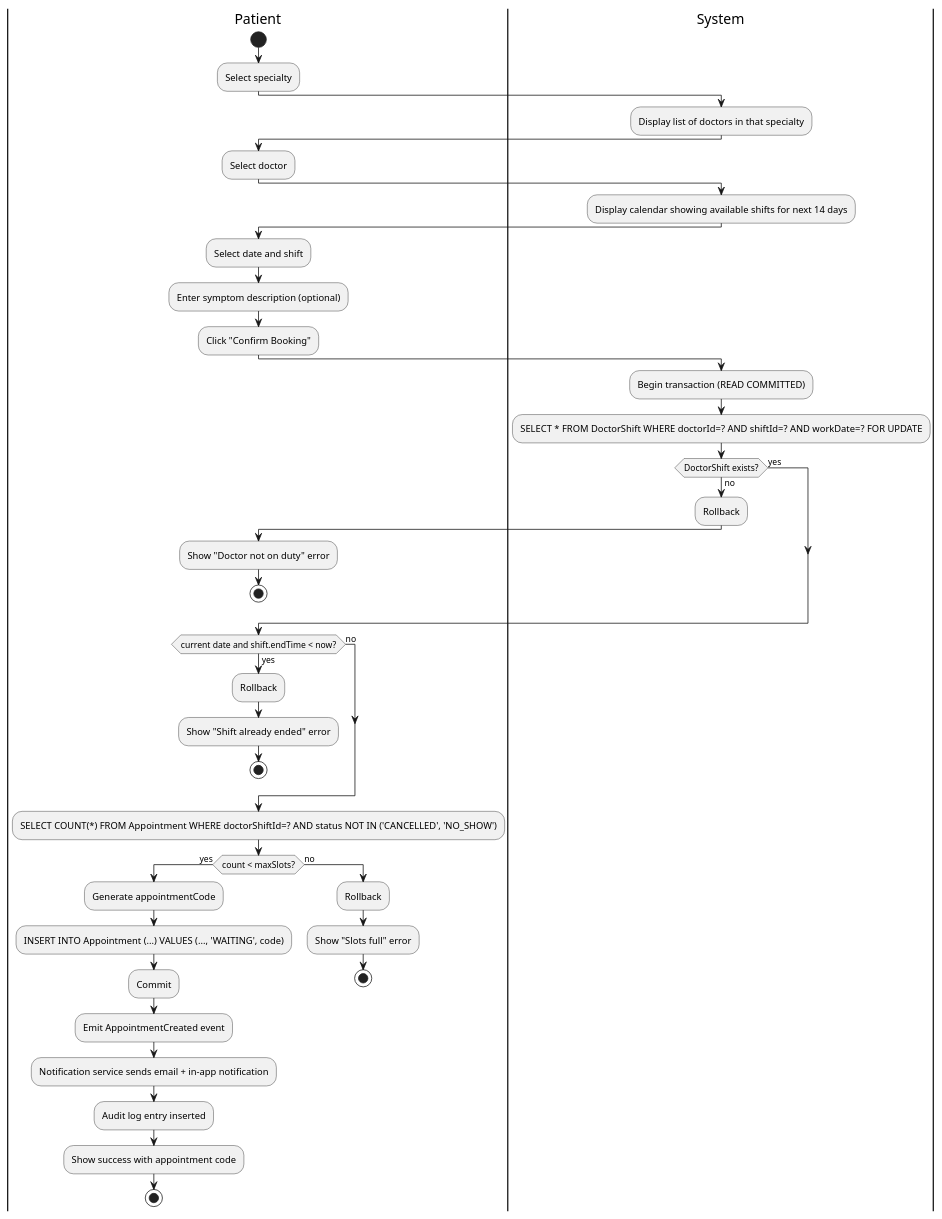
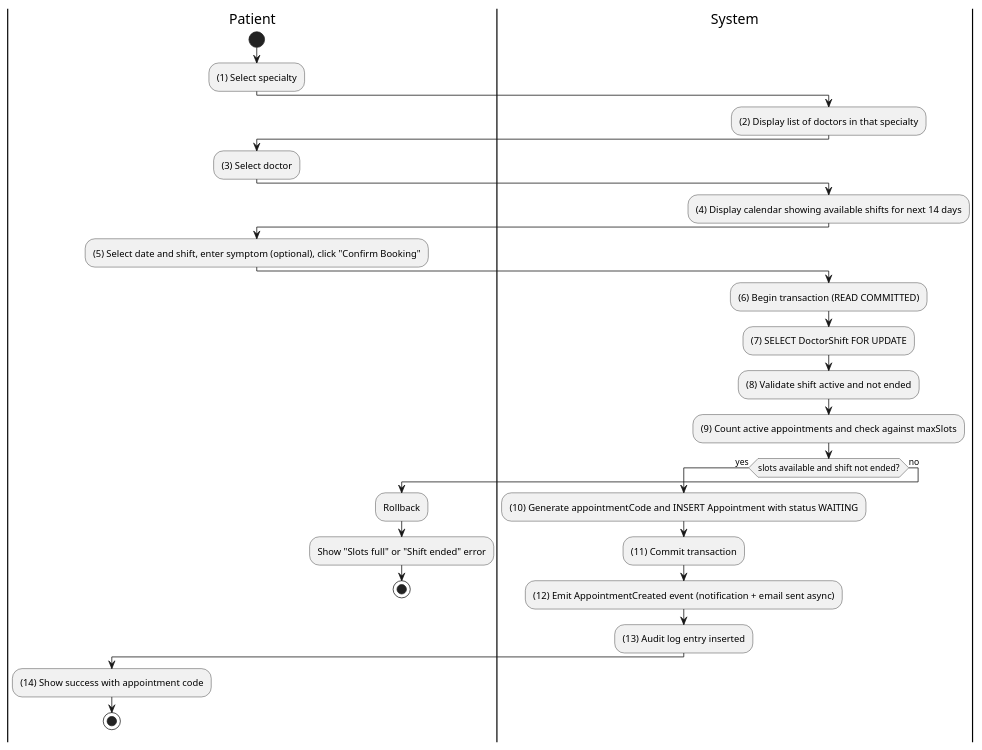
The ninth of 27 diagrams in Docs/SRS.md (MinhThienNguyen040905/SE356---He-thong-phong-kham), drawn with PlantUML before and after one commit. The commit also changed other lines of this file, not shown here.

````diff
--- a/Docs/SRS.md
+++ b/Docs/SRS.md
@@ -609,51 +560,34 @@
 ```plantuml
 @startuml
 |Patient|
 start
-:Select specialty;
+:(1) Select specialty;
 |System|
-:Display list of doctors in that specialty;
+:(2) Display list of doctors in that specialty;
 |Patient|
-:Select doctor;
+:(3) Select doctor;
 |System|
-:Display calendar showing available shifts for next 14 days;
+:(4) Display calendar showing available shifts for next 14 days;
 |Patient|
-:Select date and shift;
-:Enter symptom description (optional);
-:Click "Confirm Booking";
+:(5) Select date and shift, enter symptom (optional), click "Confirm Booking";
 |System|
-:Begin transaction (READ COMMITTED);
-:SELECT * FROM DoctorShift WHERE doctorId=? AND shiftId=? AND workDate=? FOR UPDATE;
-if (DoctorShift exists?) then (no)
-  :Rollback;
+:(6) Begin transaction (READ COMMITTED);
+:(7) SELECT DoctorShift FOR UPDATE;
+:(8) Validate shift active and not ended;
+:(9) Count active appointments and check against maxSlots;
+if (slots available and shift not ended?) then (yes)
+  :(10) Generate appointmentCode and INSERT Appointment with status WAITING;
+  :(11) Commit transaction;
+  :(12) Emit AppointmentCreated event (notification + email sent async);
+  :(13) Audit log entry inserted;
   |Patient|
-  :Show "Doctor not on duty" error;
-  stop
-else (yes)
-endif
-if (current date and shift.endTime < now?) then (yes)
-  :Rollback;
-  |Patient|
-  :Show "Shift already ended" error;
-  stop
-else (no)
-endif
-:SELECT COUNT(*) FROM Appointment WHERE doctorShiftId=? AND status NOT IN ('CANCELLED', 'NO_SHOW');
-if (count < maxSlots?) then (yes)
-  :Generate appointmentCode;
-  :INSERT INTO Appointment (...) VALUES (..., 'WAITING', code);
-  :Commit;
-  :Emit AppointmentCreated event;
-  :Notification service sends email + in-app notification;
-  :Audit log entry inserted;
-  |Patient|
-  :Show success with appointment code;
+  :(14) Show success with appointment code;
   stop
 else (no)
   :Rollback;
   |Patient|
-  :Show "Slots full" error;
+  :Show "Slots full" or "Shift ended" error;
   stop
 endif
 @enduml
 ```
````
